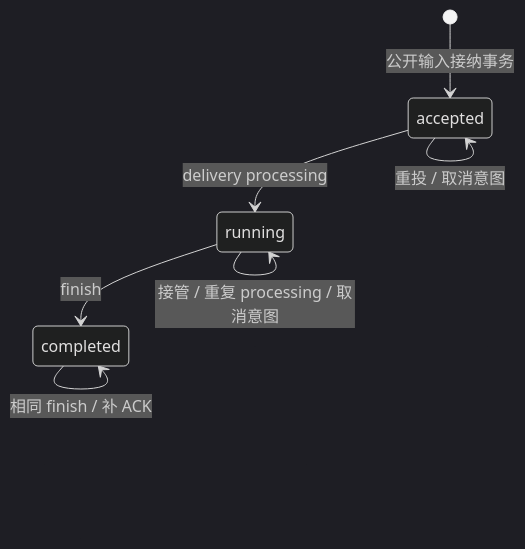
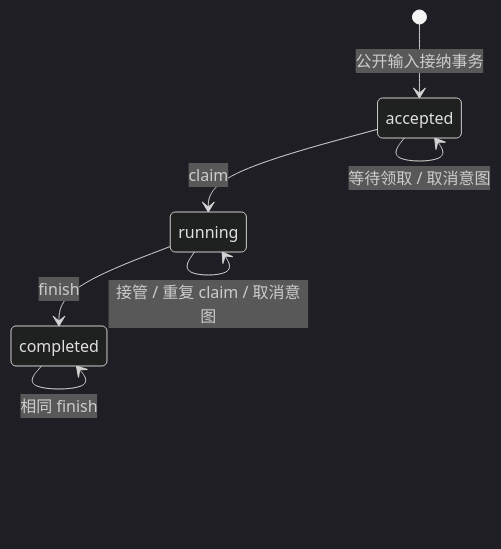
Before and after one commit to superduck-ai/open-managed-agents: the fourth of 4 diagrams in docs/design/be/dsrv1/protocol.md, drawn with Mermaid (dark theme). The commit also changed other lines of this file and 77 other files, not shown here.

````diff
--- a/docs/design/be/dsrv1/protocol.md
+++ b/docs/design/be/dsrv1/protocol.md
@@ -671,9 +598,9 @@
 ```mermaid
 stateDiagram-v2
     [*] --> accepted: 公开输入接纳事务
-    accepted --> running: delivery processing
+    accepted --> running: claim
     running --> completed: finish
-    accepted --> accepted: 重投 / 取消意图
-    running --> running: 接管 / 重复 processing / 取消意图
-    completed --> completed: 相同 finish / 补 ACK
+    accepted --> accepted: 等待领取 / 取消意图
+    running --> running: 接管 / 重复 claim / 取消意图
+    completed --> completed: 相同 finish
 ```
````
